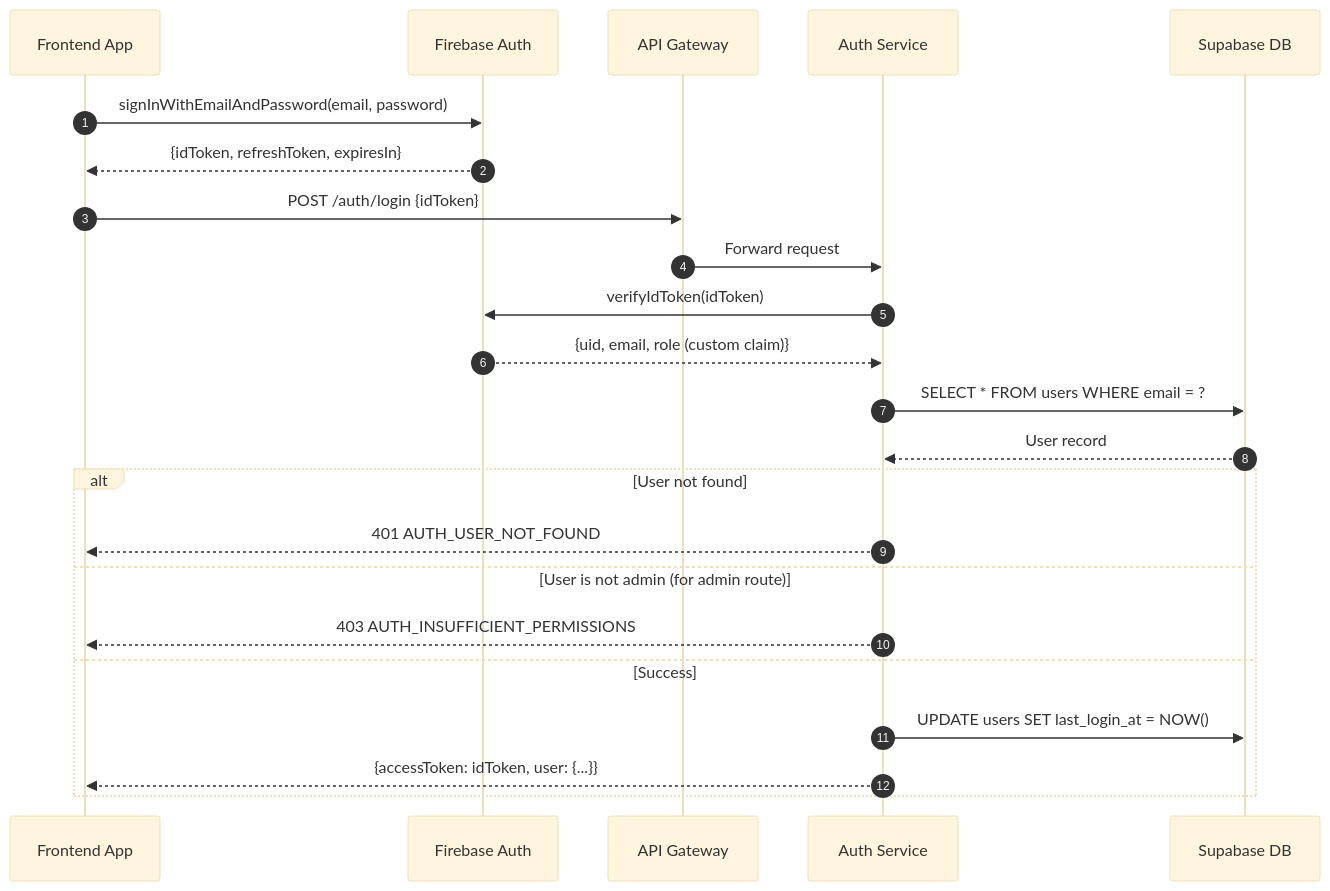
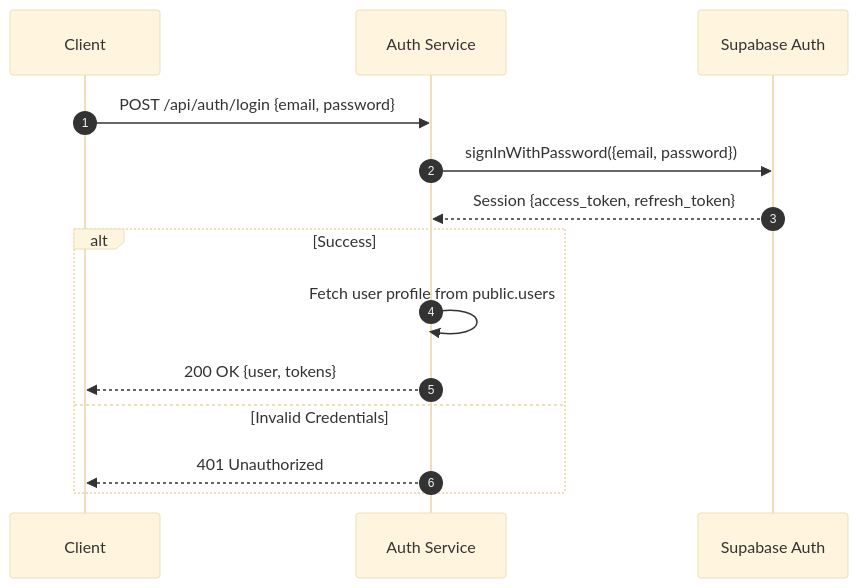
The third of 3 diagrams in docs/AUTH_MECHANISM_AND_MIGRATION_REF.md (DOKUMENTASI-PROGRAM/Shema-Backend), drawn with Mermaid (base theme) before and after one commit. The commit also changed other lines of this file and 4 other files, not shown here.

Commit message:
clean dead code and token validation to using supabase token

````diff
--- a/docs/AUTH_MECHANISM_AND_MIGRATION_REF.md
+++ b/docs/AUTH_MECHANISM_AND_MIGRATION_REF.md
@@ -137,30 +98,19 @@
 ```mermaid
 sequenceDiagram
     autonumber
-    participant Client as Frontend App
-    participant Firebase as Firebase Auth
-    participant Gateway as API Gateway
+    participant Client
     participant AuthSvc as Auth Service
-    participant SBDB as Supabase DB
+    participant SBAuth as Supabase Auth
 
-    Client->>Firebase: signInWithEmailAndPassword(email, password)
-    Firebase-->>Client: {idToken, refreshToken, expiresIn}
+    Client->>AuthSvc: POST /api/auth/login {email, password}
 
-    Client->>Gateway: POST /auth/login {idToken}
-    Gateway->>AuthSvc: Forward request
+    AuthSvc->>SBAuth: signInWithPassword({email, password})
+    SBAuth-->>AuthSvc: Session {access_token, refresh_token}
 
-    AuthSvc->>Firebase: verifyIdToken(idToken)
-    Firebase-->>AuthSvc: {uid, email, role (custom claim)}
-
-    AuthSvc->>SBDB: SELECT * FROM users WHERE email = ?
-    SBDB-->>AuthSvc: User record
-
-    alt User not found
-        AuthSvc-->>Client: 401 AUTH_USER_NOT_FOUND
-    else User is not admin (for admin route)
-        AuthSvc-->>Client: 403 AUTH_INSUFFICIENT_PERMISSIONS
-    else Success
-        AuthSvc->>SBDB: UPDATE users SET last_login_at = NOW()
-        AuthSvc-->>Client: {accessToken: idToken, user: {...}}
+    alt Success
+        AuthSvc->>AuthSvc: Fetch user profile from public.users
+        AuthSvc-->>Client: 200 OK {user, tokens}
+    else Invalid Credentials
+        AuthSvc-->>Client: 401 Unauthorized
     end
 ```
````
